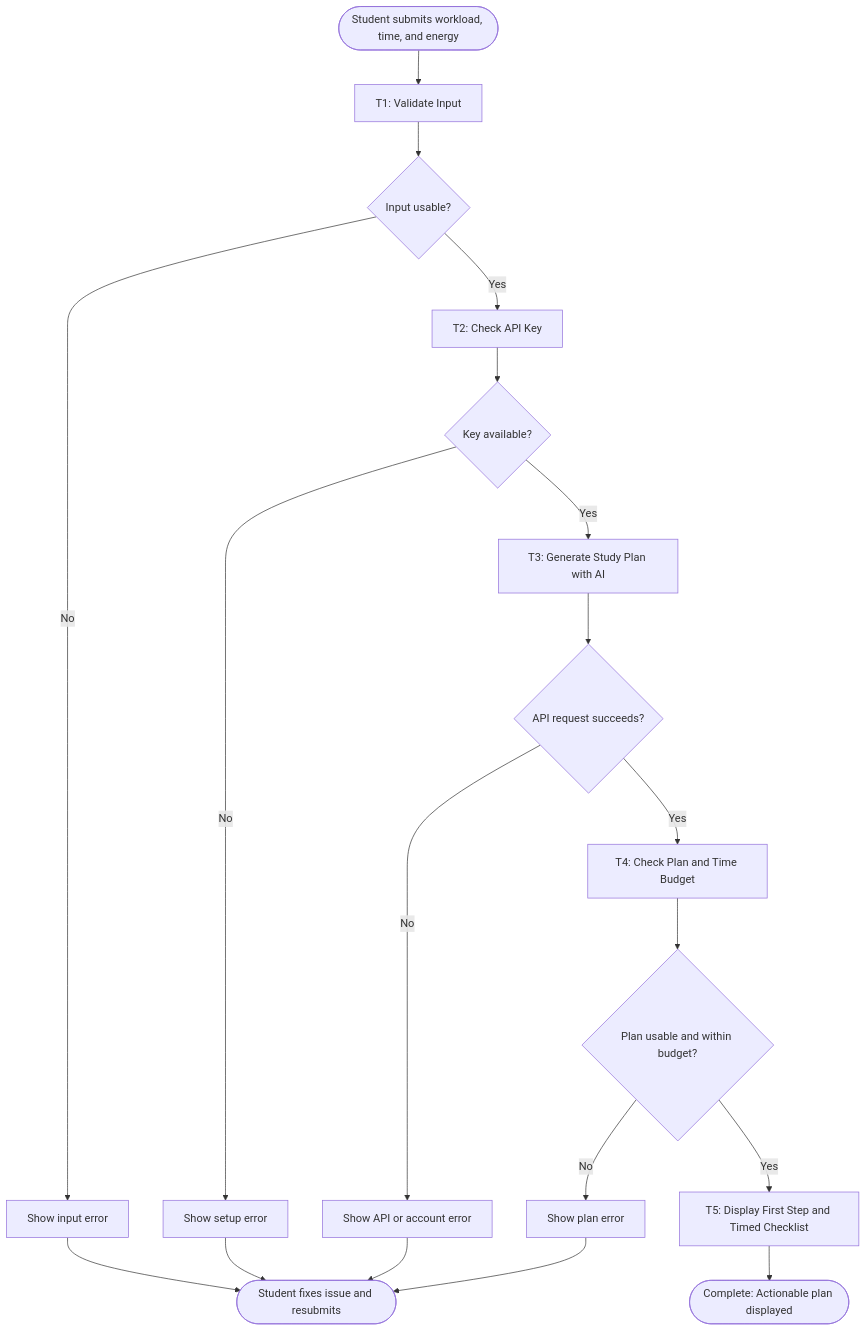
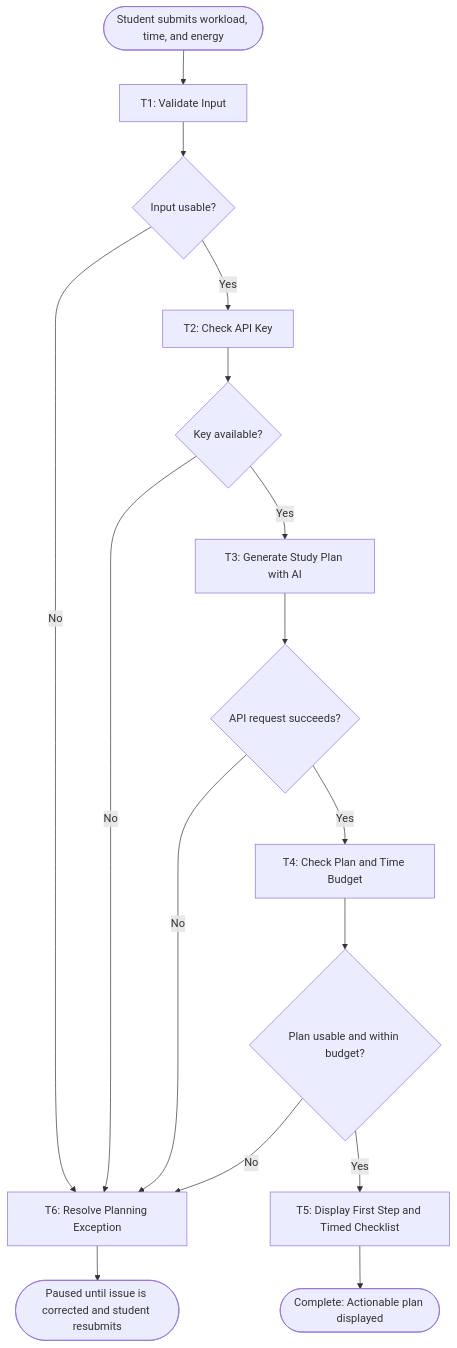
Before and after one commit to bella940118-lgtm/Study-planner: the diagram in WORKFLOW.md, drawn with Mermaid. The commit also changed other lines of this file and 3 other files, not shown here.

````diff
--- a/WORKFLOW.md
+++ b/WORKFLOW.md
@@ -25,25 +25,22 @@
 ```mermaid
 flowchart TD
     START([Student submits workload, time, and energy]) --> T1["T1: Validate Input"]
     T1 --> D1{"Input usable?"}
-    D1 -->|No| E1["Show input error"]
+    D1 -->|No| T6["T6: Resolve Planning Exception"]
     D1 -->|Yes| T2["T2: Check API Key"]
 
     T2 --> D2{"Key available?"}
-    D2 -->|No| E2["Show setup error"]
+    D2 -->|No| T6
     D2 -->|Yes| T3["T3: Generate Study Plan with AI"]
 
     T3 --> D3{"API request succeeds?"}
-    D3 -->|No| E3["Show API or account error"]
+    D3 -->|No| T6
     D3 -->|Yes| T4["T4: Check Plan and Time Budget"]
 
     T4 --> D4{"Plan usable and within budget?"}
-    D4 -->|No| E4["Show plan error"]
+    D4 -->|No| T6
     D4 -->|Yes| T5["T5: Display First Step and Timed Checklist"]
+
     T5 --> END([Complete: Actionable plan displayed])
-
-    E1 --> RETRY([Student fixes issue and resubmits])
-    E2 --> RETRY
-    E3 --> RETRY
-    E4 --> RETRY
+    T6 --> HOLD([Paused until issue is corrected and student resubmits])
 ```
````
